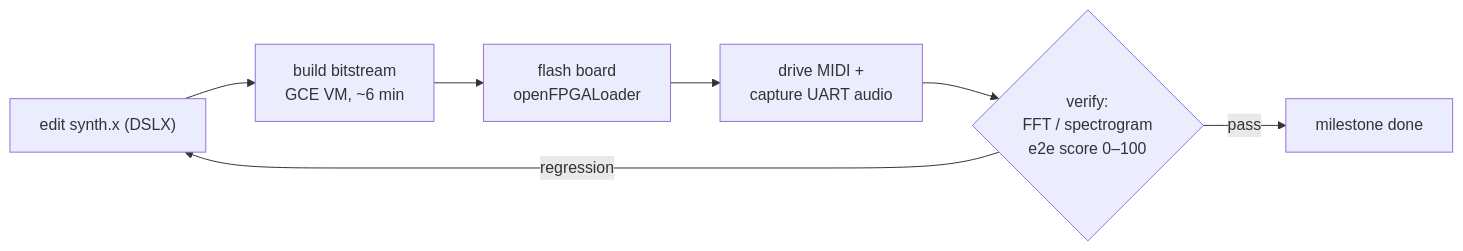
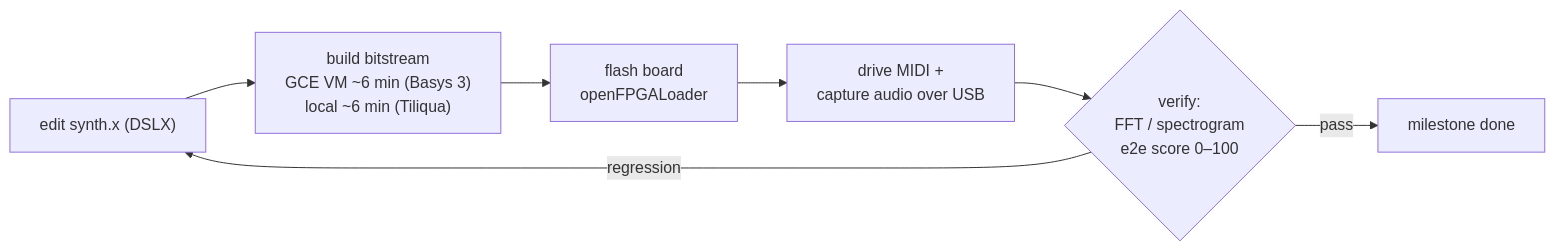
One commit to kazunori279/xls32-fpga-synth changed the first of 2 diagrams in README.md. Above: the diagram before and after it, drawn with Mermaid. The commit also changed other lines of this file and 16 other files, not shown here.

````diff
--- a/README.md
+++ b/README.md
@@ -186,9 +215,9 @@
 ```mermaid
 flowchart LR
-  EDIT["edit synth.x (DSLX)"] --> BUILD["build bitstream<br/>GCE VM, ~6 min"]
+  EDIT["edit synth.x (DSLX)"] --> BUILD["build bitstream<br/>GCE VM ~6 min (Basys 3)<br/>local ~6 min (Tiliqua)"]
   BUILD --> FLASH["flash board<br/>openFPGALoader"]
-  FLASH --> DRIVE["drive MIDI +<br/>capture UART audio"]
+  FLASH --> DRIVE["drive MIDI +<br/>capture audio over USB"]
   DRIVE --> CHECK{"verify:<br/>FFT / spectrogram<br/>e2e score 0–100"}
   CHECK -->|pass| DONE["milestone done"]
   CHECK -->|regression| EDIT
 ```
````
